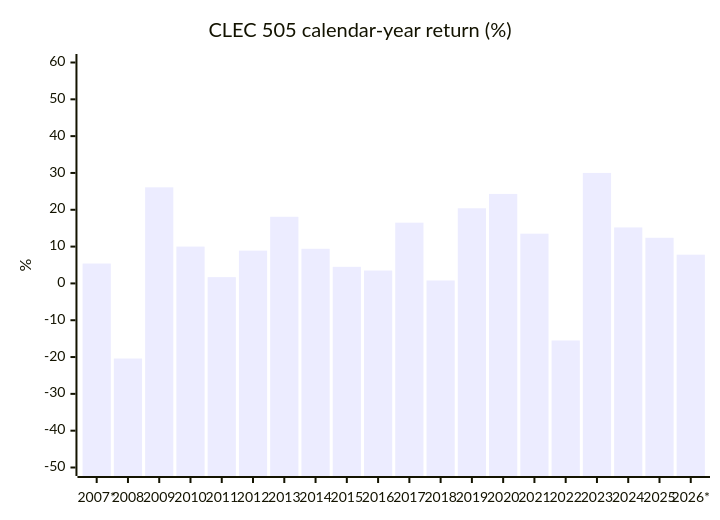
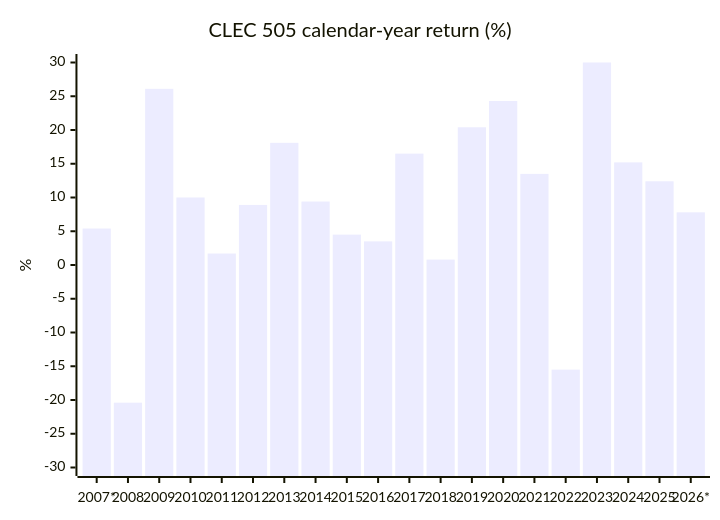
One commit to memoryfraction/Quant.Infra.Net changed the fourth of 5 diagrams in docs/backtests/clec-505.md. Above: the diagram before and after it, drawn with Mermaid. The commit also changed other lines of this file and 19 other files, not shown here.

````diff
--- a/docs/backtests/clec-505.md
+++ b/docs/backtests/clec-505.md
@@ -63,7 +66,7 @@
 ```mermaid
 xychart-beta
     title "CLEC 505 calendar-year return (%)"
     x-axis ["2007*", "2008", "2009", "2010", "2011", "2012", "2013", "2014", "2015", "2016", "2017", "2018", "2019", "2020", "2021", "2022", "2023", "2024", "2025", "2026*"]
-    y-axis "%" -50 --> 60
+    y-axis "%" -30 --> 30
     bar [5.4, -20.4, 26.1, 10.0, 1.7, 8.9, 18.1, 9.4, 4.5, 3.5, 16.5, 0.8, 20.4, 24.3, 13.5, -15.5, 30.0, 15.2, 12.4, 7.8]
 ```
````
